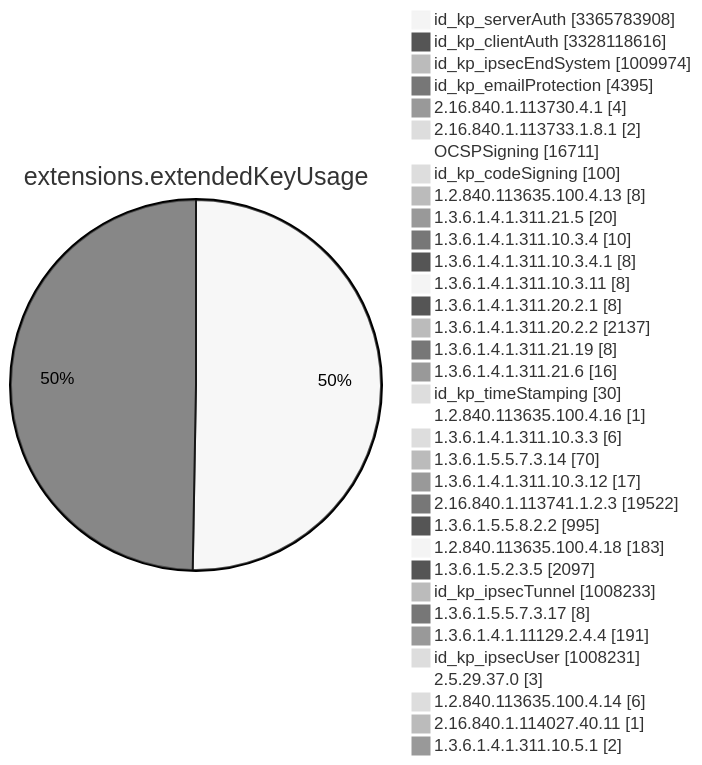
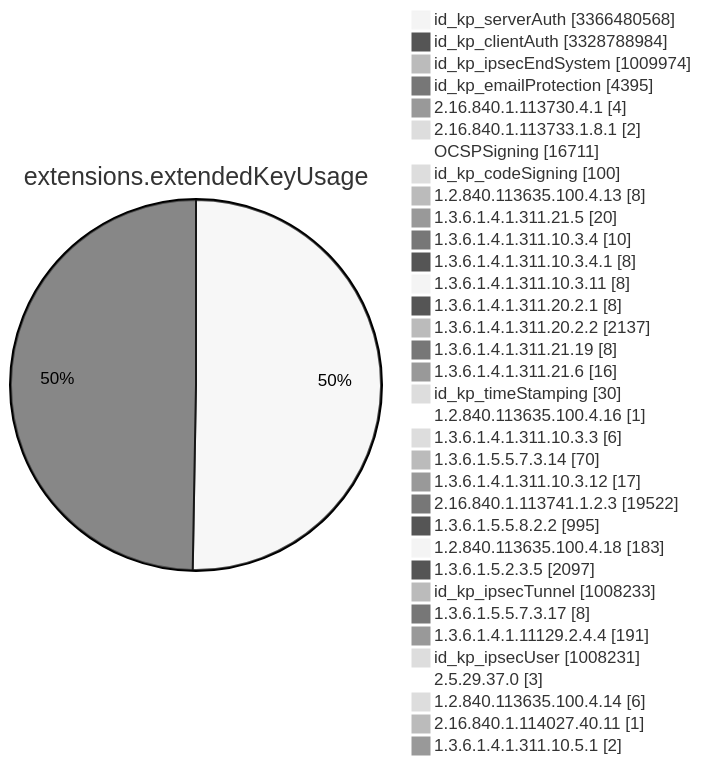
Diagram 11 of 15 in TOTAL/README.md (christiankrug/ctmonitor_visualization), drawn with Mermaid (neutral theme) before and after one commit. The commit also changed other lines of this file, not shown here.

````diff
--- a/TOTAL/README.md
+++ b/TOTAL/README.md
@@ -4120,38 +4120,38 @@
 ```mermaid
 pie showData
 title extensions.extendedKeyUsage
-"id_kp_serverAuth" :3365783908
-"id_kp_clientAuth" :3328118616
+"id_kp_serverAuth" :3366480568
+"id_kp_clientAuth" :3328788984
 "id_kp_ipsecEndSystem" :1009974
 "id_kp_emailProtection" :4395
 "2.16.840.1.113730.4.1" :4
 "2.16.840.1.113733.1.8.1" :2
 "OCSPSigning" :16711
 "id_kp_codeSigning" :100
 "1.2.840.113635.100.4.13" :8
 "1.3.6.1.4.1.311.21.5" :20
 "1.3.6.1.4.1.311.10.3.4" :10
 "1.3.6.1.4.1.311.10.3.4.1" :8
 "1.3.6.1.4.1.311.10.3.11" :8
 "1.3.6.1.4.1.311.20.2.1" :8
 "1.3.6.1.4.1.311.20.2.2" :2137
 "1.3.6.1.4.1.311.21.19" :8
 "1.3.6.1.4.1.311.21.6" :16
 "id_kp_timeStamping" :30
 "1.2.840.113635.100.4.16" :1
 "1.3.6.1.4.1.311.10.3.3" :6
 "1.3.6.1.5.5.7.3.14" :70
 "1.3.6.1.4.1.311.10.3.12" :17
 "2.16.840.1.113741.1.2.3" :19522
 "1.3.6.1.5.5.8.2.2" :995
 "1.2.840.113635.100.4.18" :183
 "1.3.6.1.5.2.3.5" :2097
 "id_kp_ipsecTunnel" :1008233
 "1.3.6.1.5.5.7.3.17" :8
 "1.3.6.1.4.1.11129.2.4.4" :191
 "id_kp_ipsecUser" :1008231
 "2.5.29.37.0" :3
 "1.2.840.113635.100.4.14" :6
 "2.16.840.1.114027.40.11" :1
 "1.3.6.1.4.1.311.10.5.1" :2
 ```
````
